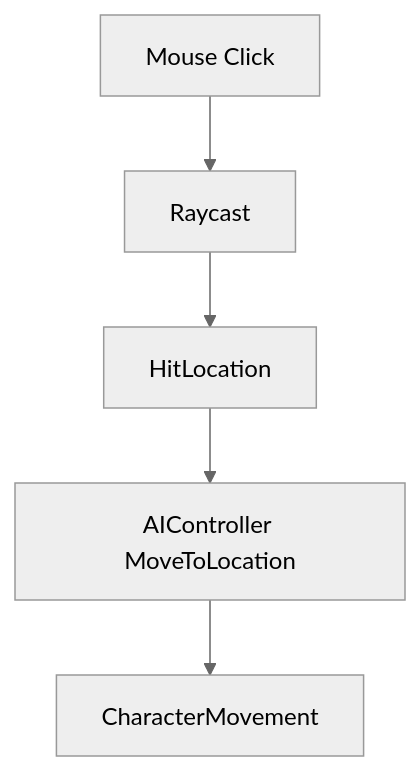
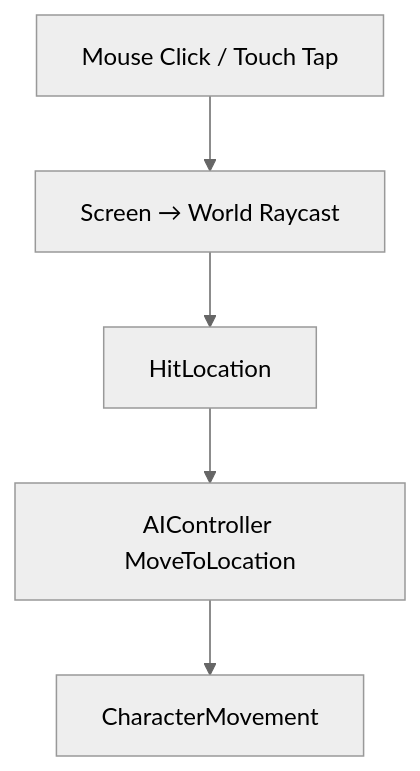
The diagram in Docs/Player/Player_System.md (maximoh-mmo/PortfolioTutorial), drawn with Mermaid (neutral theme) before and after one commit. The commit also changed other lines of this file and 29 other files, not shown here.

````diff
--- a/Docs/Player/Player_System.md
+++ b/Docs/Player/Player_System.md
@@ -40,7 +42,7 @@
 ```mermaid
 flowchart TD
-    Click[Mouse Click] --> Raycast
+    Input[Mouse Click / Touch Tap] --> Raycast[Screen → World Raycast]
     Raycast --> HitLocation
     HitLocation --> MoveTo[AIController MoveToLocation]
     MoveTo --> CharacterMovement
 ```
````
